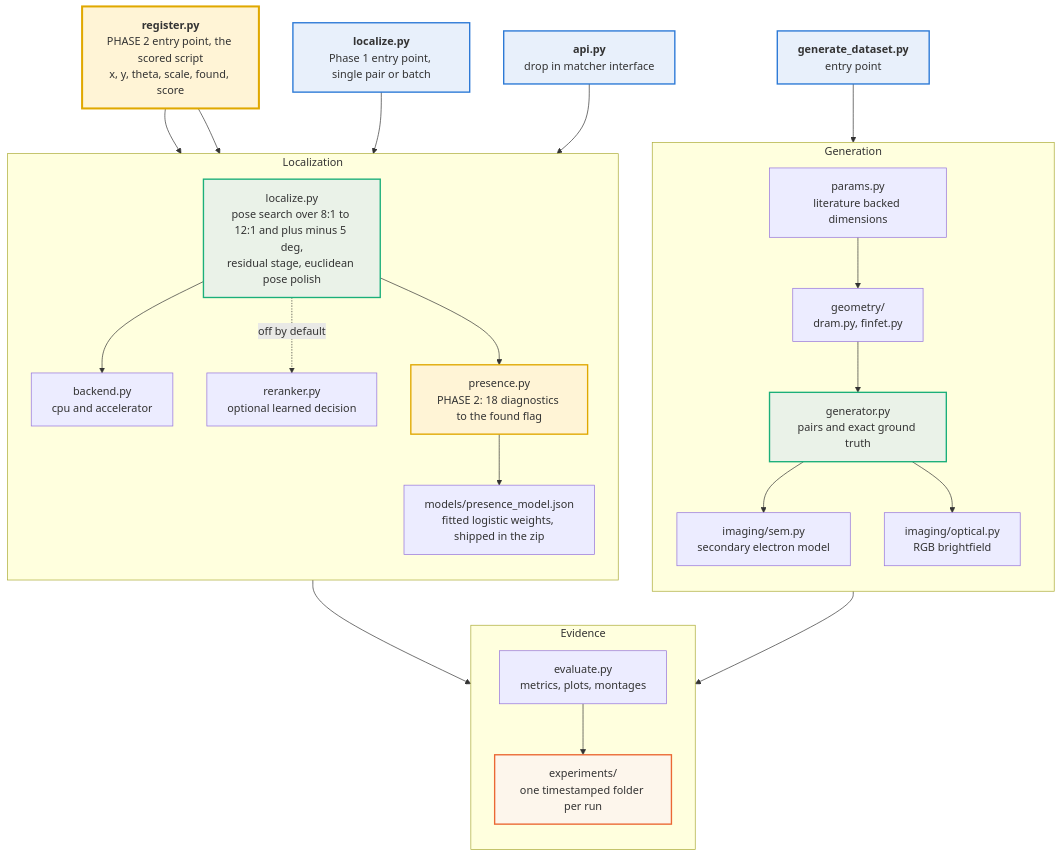
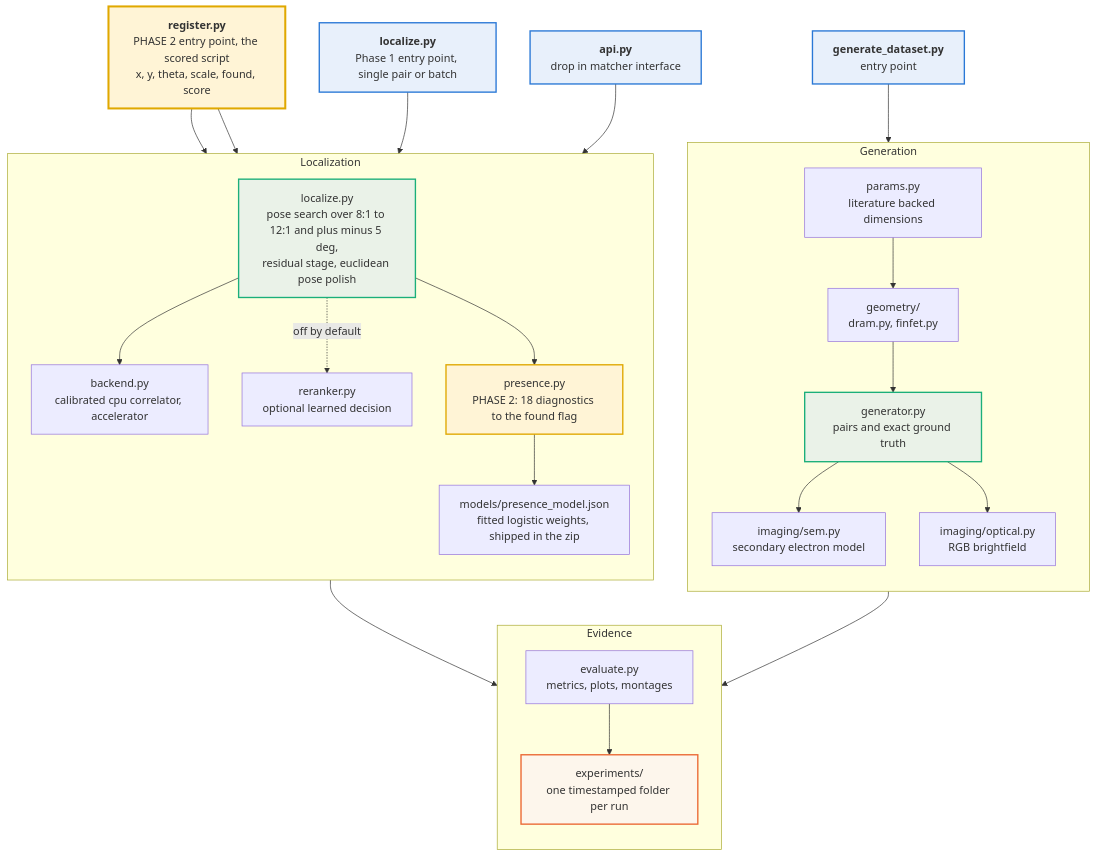
One commit to kushal-script/Atlas changed the second of 2 diagrams in README.md. Above: the diagram before and after it, drawn with Mermaid. The commit also changed other lines of this file and 10 other files, not shown here.

````diff
--- a/README.md
+++ b/README.md
@@ -379,45 +452,45 @@
 ```mermaid
 flowchart TB
     R1["<b>register.py</b><br/>PHASE 2 entry point, the scored script<br/>x, y, theta, scale, found, score"]
     G1["<b>generate_dataset.py</b><br/>entry point"]
     L1["<b>localize.py</b><br/>Phase 1 entry point, single pair or batch"]
     API["<b>api.py</b><br/>drop in matcher interface"]
 
     subgraph gen["Generation"]
         direction TB
         P["params.py<br/>literature backed dimensions"] --> GEO["geometry/<br/>dram.py, finfet.py"]
         GEO --> GN["generator.py<br/>pairs and exact ground truth"]
         GN --> SEM["imaging/sem.py<br/>secondary electron model"]
         GN --> OPT["imaging/optical.py<br/>RGB brightfield"]
     end
 
     subgraph loc["Localization"]
         direction TB
-        LZ["localize.py<br/>pose search over 8:1 to 12:1 and plus minus 5 deg,<br/>residual stage, euclidean pose polish"] --> BK["backend.py<br/>cpu and accelerator"]
+        LZ["localize.py<br/>pose search over 8:1 to 12:1 and plus minus 5 deg,<br/>residual stage, euclidean pose polish"] --> BK["backend.py<br/>calibrated cpu correlator, accelerator"]
         LZ -. "off by default" .-> RR["reranker.py<br/>optional learned decision"]
         LZ --> PR["presence.py<br/>PHASE 2: 18 diagnostics to the found flag"]
         PR --> MW["models/presence_model.json<br/>fitted logistic weights, shipped in the zip"]
     end
 
     subgraph ev["Evidence"]
         direction TB
         EV["evaluate.py<br/>metrics, plots, montages"] --> EX["experiments/<br/>one timestamped folder per run"]
     end
 
     G1 --> P
     R1 --> LZ
     R1 --> PR
     L1 --> LZ
     API --> LZ
     GN --> EV
     LZ --> EV
 
     style R1 fill:#fff4d6,stroke:#E0A800,stroke-width:3px
     style PR fill:#fff4d6,stroke:#E0A800,stroke-width:2px
     style G1 fill:#e8f0fb,stroke:#2A78D6,stroke-width:2px
     style L1 fill:#e8f0fb,stroke:#2A78D6,stroke-width:2px
     style API fill:#e8f0fb,stroke:#2A78D6,stroke-width:2px
     style GN fill:#eaf2e8,stroke:#1BAF7A,stroke-width:2px
     style LZ fill:#eaf2e8,stroke:#1BAF7A,stroke-width:2px
     style EX fill:#fdf6ec,stroke:#EB6834,stroke-width:2px
 ```
````
